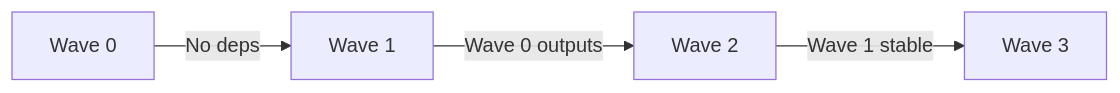
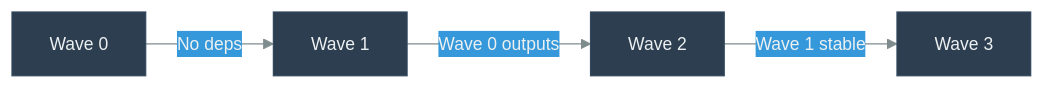
One commit to danielmeppiel/agentic-sdlc-handbook changed the second of 3 diagrams in handbook/ch13-the-execution-meta-process.qmd. Above: the diagram before and after it, drawn with Mermaid. The commit also changed other lines of this file and 20 other files, not shown here.

First line of the commit message:
feat: add accessibility metadata and consistent theme to all 35 diagrams

````diff
--- a/handbook/ch13-the-execution-meta-process.qmd
+++ b/handbook/ch13-the-execution-meta-process.qmd
@@ -142,7 +146,11 @@
 ```{mermaid}
 %%| fig-width: 4.5
+%%| fig-cap: "Wave dependency chain: Foundation → Core → Migration → Polish"
+%%| fig-alt: "Left-to-right flowchart showing a linear dependency chain of four waves: Wave 0 connects to Wave 1 labeled No deps, Wave 1 connects to Wave 2 labeled Wave 0 outputs, and Wave 2 connects to Wave 3 labeled Wave 1 stable. Each wave depends on the completion and tested stability of the previous wave."
+%%| label: fig-wave-deps
+%%{init: {'theme': 'base', 'themeVariables': {'primaryColor': '#2c3e50', 'primaryTextColor': '#ecf0f1', 'primaryBorderColor': '#34495e', 'lineColor': '#7f8c8d', 'secondaryColor': '#3498db', 'tertiaryColor': '#ecf0f1', 'fontSize': '14px'}}}%%
 flowchart LR
     W0["Wave 0"] -->|"No deps"| W1["Wave 1"]
     W1 -->|"Wave 0 outputs"| W2["Wave 2"]
     W2 -->|"Wave 1 stable"| W3["Wave 3"]
 ```
````
